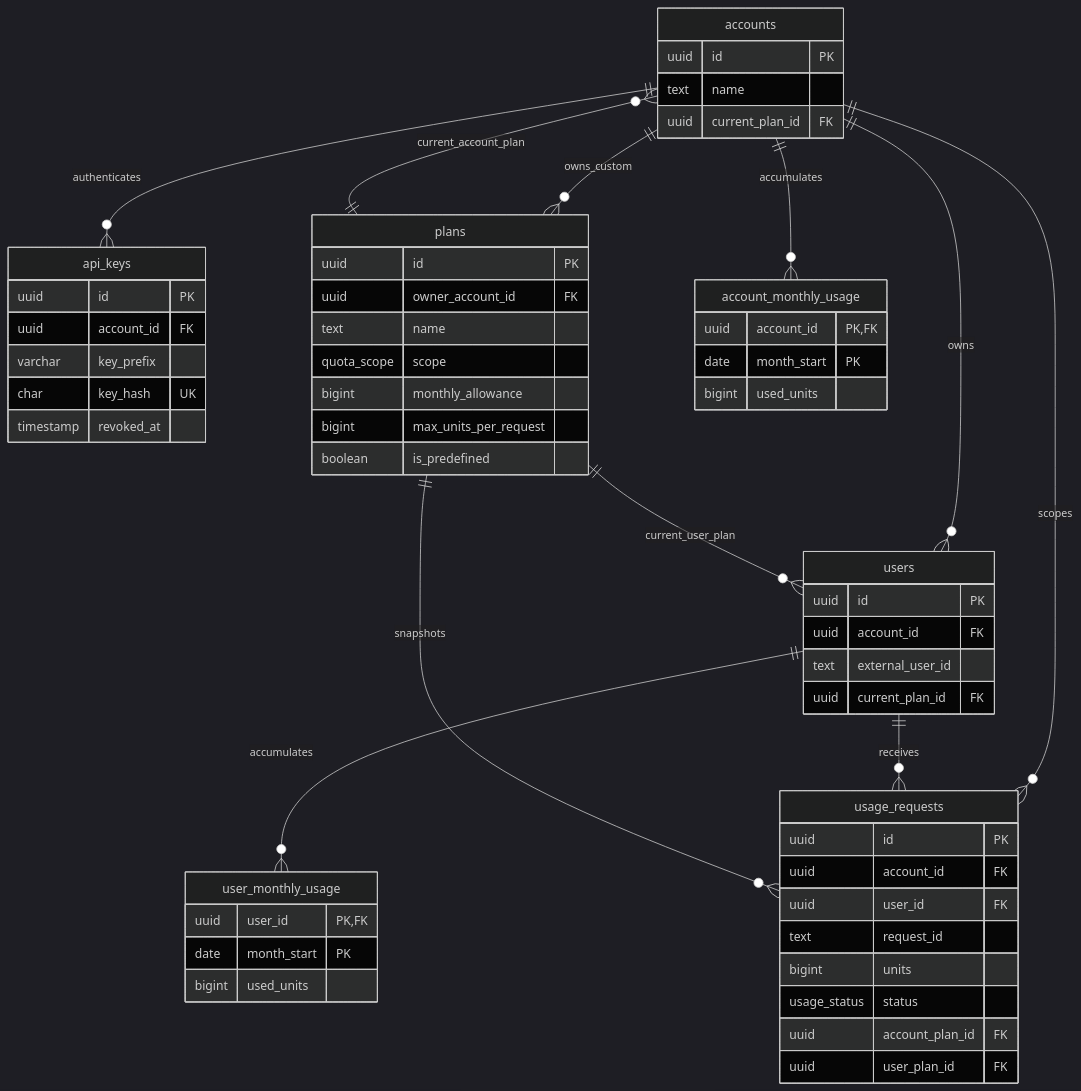
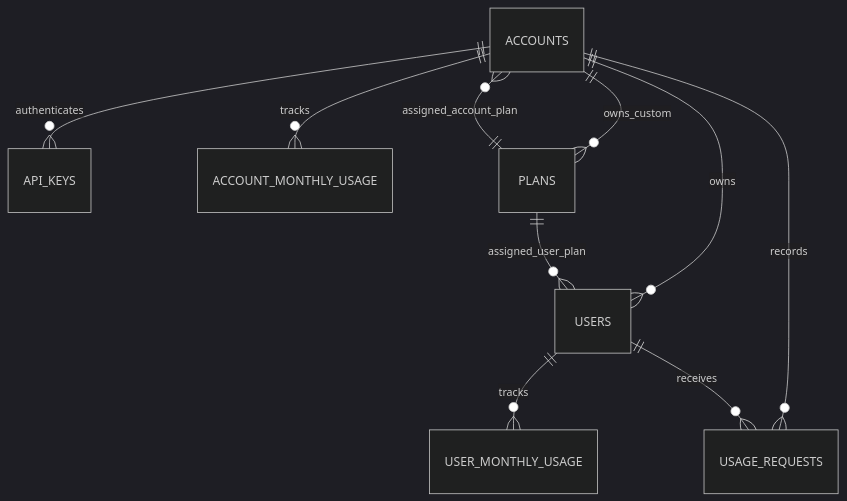
One commit to FathiHeelo/Usage-Metering-and-Quota-Service-FTS changed the diagram in README.md. Above: the diagram before and after it, drawn with Mermaid (dark theme). The commit also changed other lines of this file and 22 other files, not shown here.

````diff
--- a/README.md
+++ b/README.md
@@ -354,61 +82,12 @@
 ```mermaid
 erDiagram
-    accounts ||--o{ api_keys : authenticates
-    accounts ||--o{ users : owns
-    accounts ||--o{ plans : owns_custom
-    plans ||--o{ accounts : current_account_plan
-    plans ||--o{ users : current_user_plan
-    accounts ||--o{ account_monthly_usage : accumulates
-    users ||--o{ user_monthly_usage : accumulates
-    accounts ||--o{ usage_requests : scopes
-    users ||--o{ usage_requests : receives
-    plans ||--o{ usage_requests : snapshots
-
-    accounts {
-        uuid id PK
-        text name
-        uuid current_plan_id FK
-    }
-    api_keys {
-        uuid id PK
-        uuid account_id FK
-        varchar key_prefix
-        char key_hash UK
-        timestamp revoked_at
-    }
-    users {
-        uuid id PK
-        uuid account_id FK
-        text external_user_id
-        uuid current_plan_id FK
-    }
-    plans {
-        uuid id PK
-        uuid owner_account_id FK
-        text name
-        quota_scope scope
-        bigint monthly_allowance
-        bigint max_units_per_request
-        boolean is_predefined
-    }
-    account_monthly_usage {
-        uuid account_id PK,FK
-        date month_start PK
-        bigint used_units
-    }
-    user_monthly_usage {
-        uuid user_id PK,FK
-        date month_start PK
-        bigint used_units
-    }
-    usage_requests {
-        uuid id PK
-        uuid account_id FK
-        uuid user_id FK
-        text request_id
-        bigint units
-        usage_status status
-        uuid account_plan_id FK
-        uuid user_plan_id FK
-    }
+  ACCOUNTS ||--o{ API_KEYS : authenticates
+  ACCOUNTS ||--o{ USERS : owns
+  ACCOUNTS ||--o{ ACCOUNT_MONTHLY_USAGE : tracks
+  ACCOUNTS ||--o{ USAGE_REQUESTS : records
+  ACCOUNTS ||--o{ PLANS : owns_custom
+  PLANS ||--o{ ACCOUNTS : assigned_account_plan
+  PLANS ||--o{ USERS : assigned_user_plan
+  USERS ||--o{ USER_MONTHLY_USAGE : tracks
+  USERS ||--o{ USAGE_REQUESTS : receives
 ```
````
